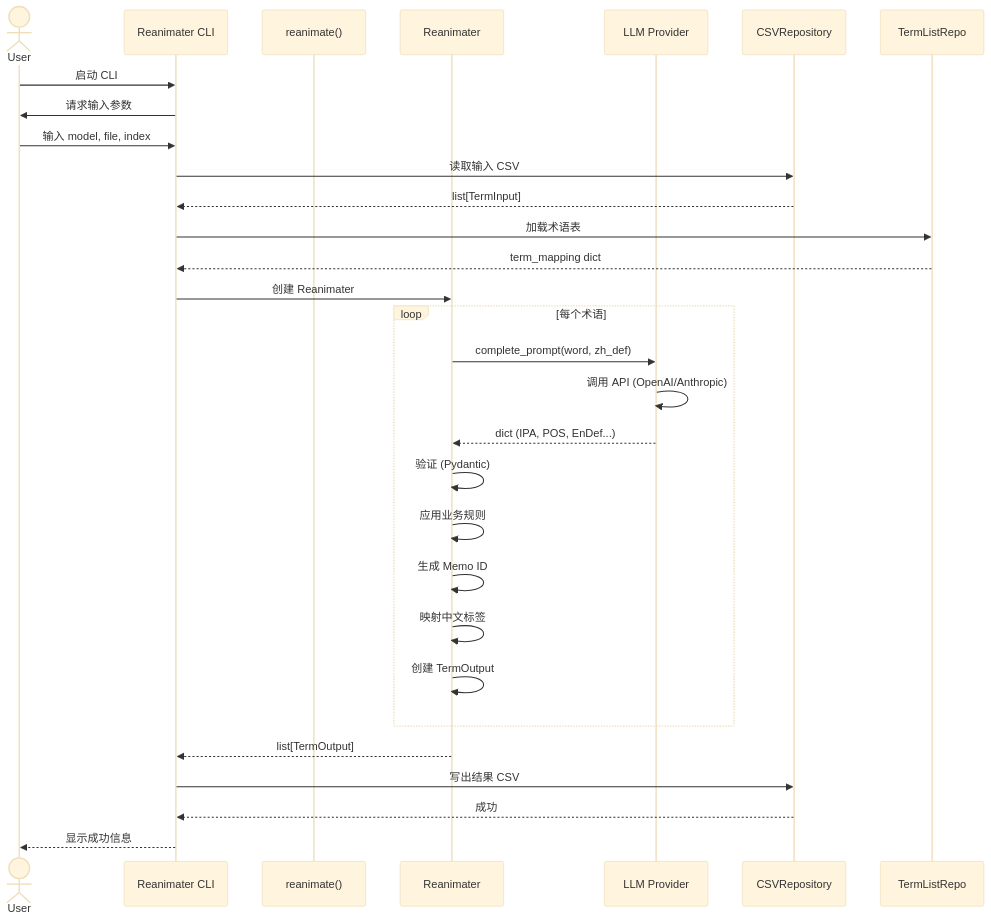
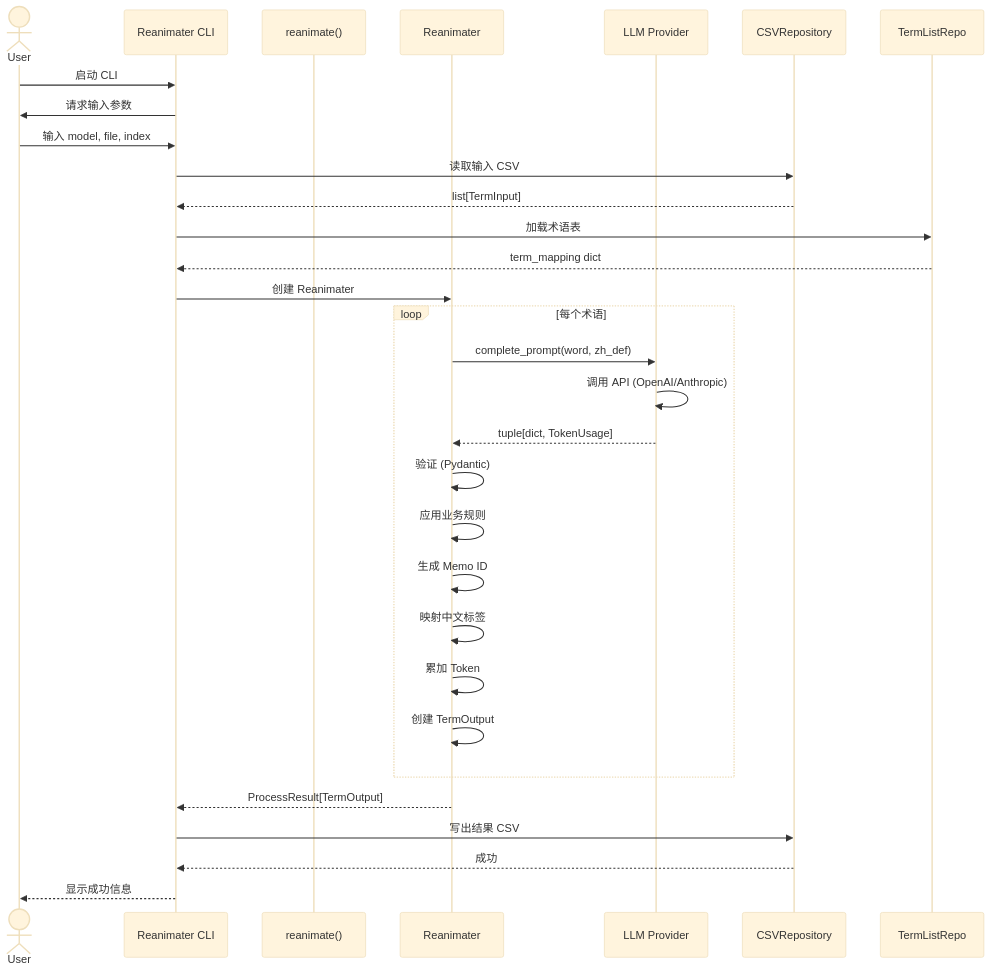
Before and after one commit to C1M0N/Memosyne: the seventh of 11 diagrams in ARCHITECTURE.md, drawn with Mermaid (base theme). The commit also changed other lines of this file and 32 other files, not shown here.

````diff
--- a/ARCHITECTURE.md
+++ b/ARCHITECTURE.md
@@ -332,42 +364,43 @@
 ```mermaid
 sequenceDiagram
     actor User
     participant CLI as Reanimater CLI
     participant API as reanimate()
     participant RA as Reanimater
     participant LLM as LLM Provider
     participant CSV as CSVRepository
     participant TL as TermListRepo
 
     User->>CLI: 启动 CLI
     CLI->>User: 请求输入参数
     User->>CLI: 输入 model, file, index
 
     CLI->>CSV: 读取输入 CSV
     CSV-->>CLI: list[TermInput]
 
     CLI->>TL: 加载术语表
     TL-->>CLI: term_mapping dict
 
     CLI->>RA: 创建 Reanimater
 
     loop 每个术语
         RA->>LLM: complete_prompt(word, zh_def)
         LLM->>LLM: 调用 API (OpenAI/Anthropic)
-        LLM-->>RA: dict (IPA, POS, EnDef...)
+        LLM-->>RA: tuple[dict, TokenUsage]
 
         RA->>RA: 验证 (Pydantic)
         RA->>RA: 应用业务规则
         RA->>RA: 生成 Memo ID
         RA->>RA: 映射中文标签
+        RA->>RA: 累加 Token
 
         RA->>RA: 创建 TermOutput
     end
 
-    RA-->>CLI: list[TermOutput]
+    RA-->>CLI: ProcessResult[TermOutput]
 
     CLI->>CSV: 写出结果 CSV
     CSV-->>CLI: 成功
 
     CLI-->>User: 显示成功信息
 ```
````
